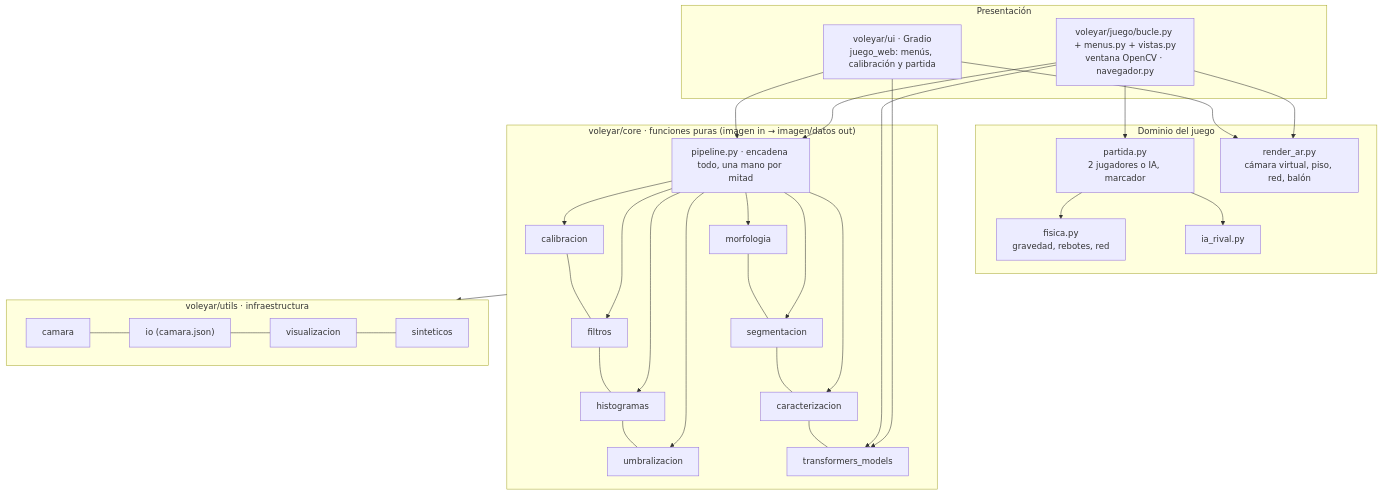
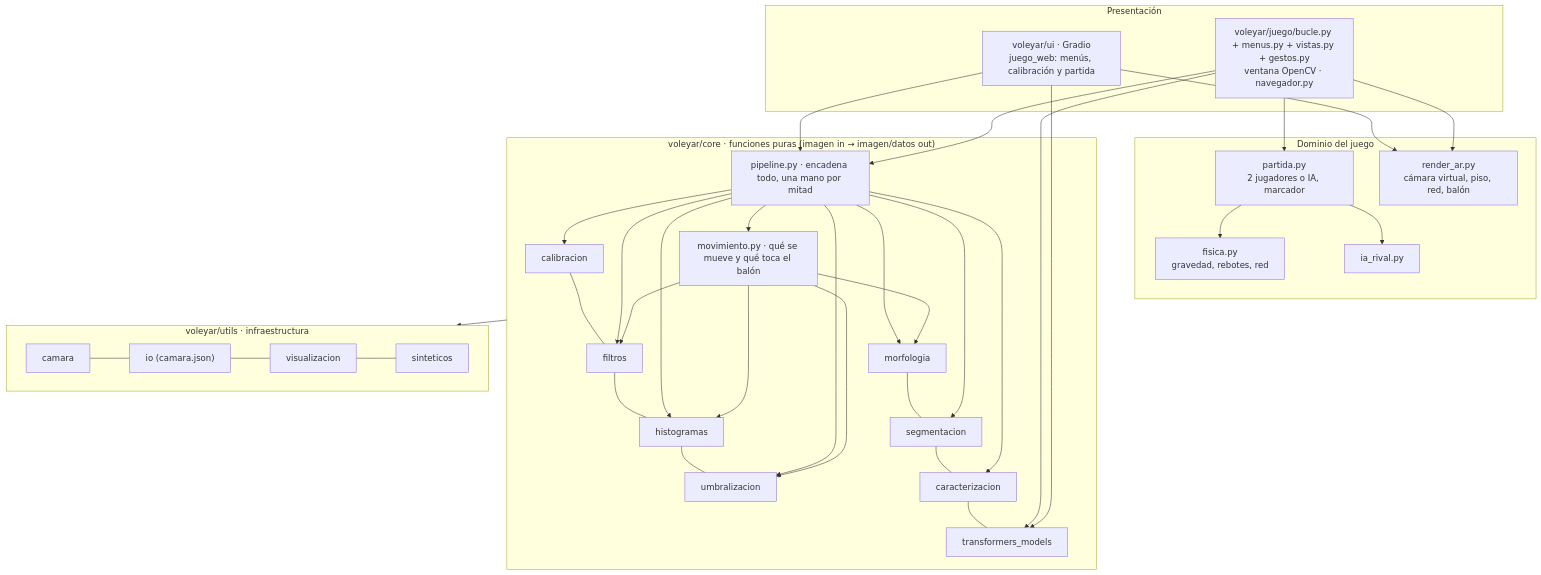
One commit to Jeol28/Voley-AR changed the second of 3 diagrams in README.md. Above: the diagram before and after it, drawn with Mermaid. The commit also changed other lines of this file, not shown here.

````diff
--- a/README.md
+++ b/README.md
@@ -329,32 +378,34 @@
 ```mermaid
 flowchart TB
     subgraph Presentacion["Presentación"]
         UI["voleyar/ui · Gradio<br/>juego_web: menús, calibración y partida"]
-        BUCLE["voleyar/juego/bucle.py + menus.py + vistas.py<br/>ventana OpenCV · navegador.py"]
+        BUCLE["voleyar/juego/bucle.py + menus.py + vistas.py + gestos.py<br/>ventana OpenCV · navegador.py"]
     end
     subgraph Juego["Dominio del juego"]
         FIS["fisica.py<br/>gravedad, rebotes, red"]
         IA["ia_rival.py"]
         PAR["partida.py<br/>2 jugadores o IA, marcador"]
         REN["render_ar.py<br/>cámara virtual, piso, red, balón"]
     end
     subgraph Core["voleyar/core · funciones puras (imagen in → imagen/datos out)"]
         CAL["calibracion"] --- FIL["filtros"] --- HIS["histogramas"] --- UMB["umbralizacion"]
         MOR["morfologia"] --- SEG["segmentacion"] --- CAR["caracterizacion"] --- TRF["transformers_models"]
+        MOV["movimiento.py · qué se mueve y qué toca el balón"]
         PIPE["pipeline.py · encadena todo, una mano por mitad"]
     end
     subgraph Utils["voleyar/utils · infraestructura"]
         CAM["camara"] --- IO["io (camara.json)"] --- VIS["visualizacion"] --- SIN["sinteticos"]
     end
     UI --> PIPE
     UI --> REN
     BUCLE --> PIPE
     BUCLE --> PAR
     BUCLE --> REN
     PAR --> FIS
     PAR --> IA
-    PIPE --> CAL & FIL & HIS & UMB & MOR & SEG & CAR
+    PIPE --> CAL & FIL & HIS & UMB & MOR & SEG & CAR & MOV
+    MOV --> FIL & HIS & UMB & MOR
     BUCLE --> TRF
     UI --> TRF
     Core --> Utils
 ```
````
